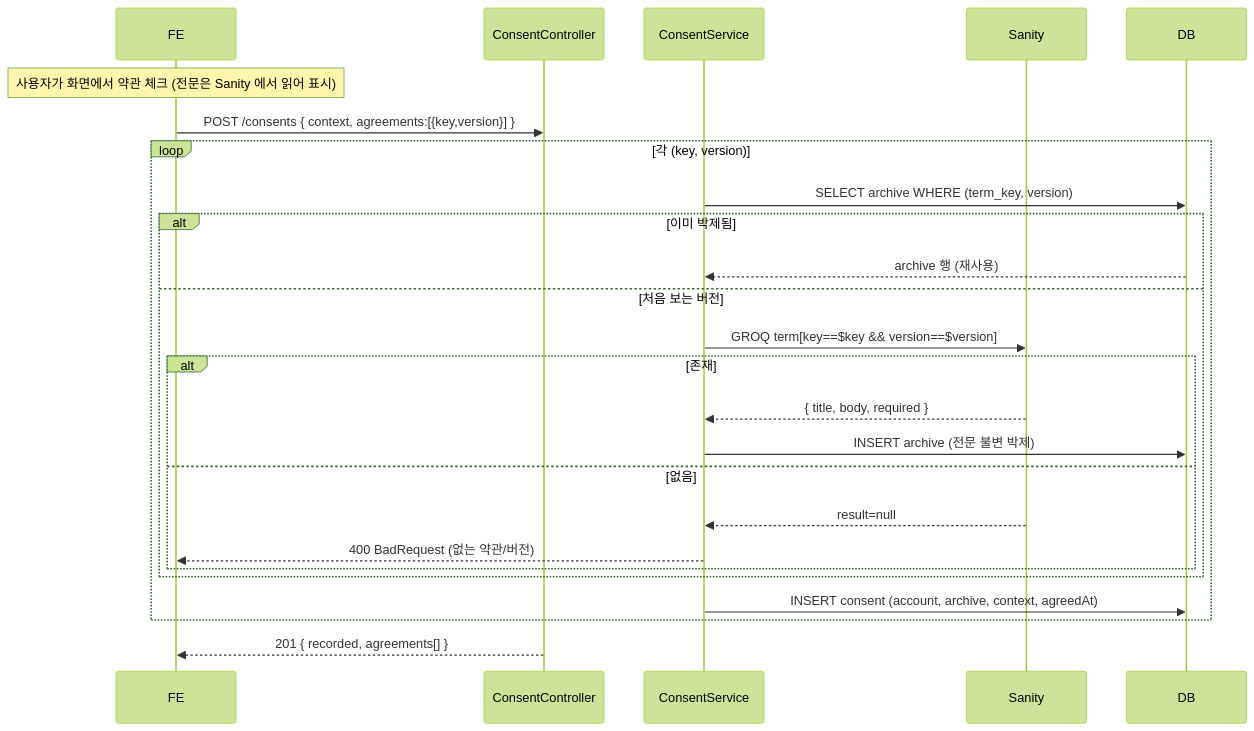
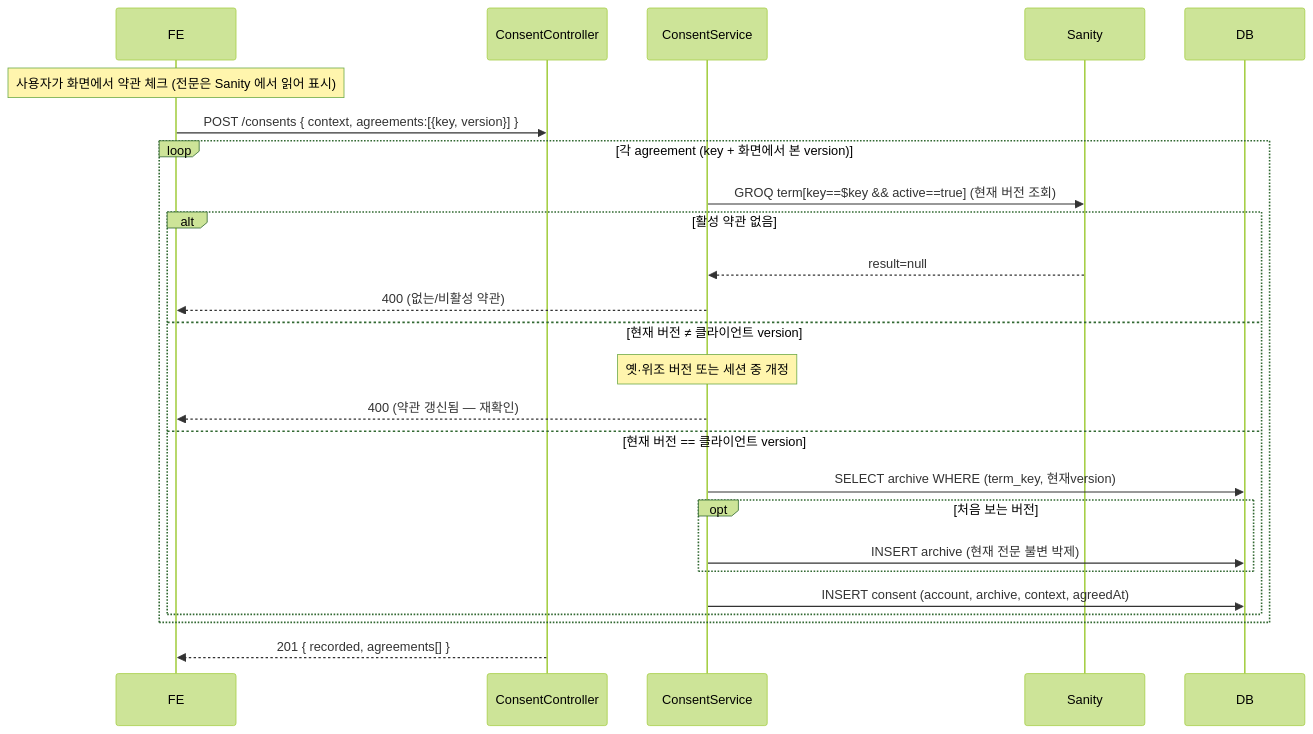
Before and after one commit to pungdong/Pungdong-Backend: the second of 3 diagrams in docs/architecture/consent.md, drawn with Mermaid (forest theme). The commit also changed other lines of this file and 7 other files, not shown here.

````diff
--- a/docs/architecture/consent.md
+++ b/docs/architecture/consent.md
@@ -48,28 +48,28 @@
 ```mermaid
 sequenceDiagram
     participant FE
     participant C as ConsentController
     participant S as ConsentService
     participant Sanity
     participant DB
 
     Note over FE: 사용자가 화면에서 약관 체크 (전문은 Sanity 에서 읽어 표시)
-    FE->>C: POST /consents { context, agreements:[{key,version}] }
-    loop 각 (key, version)
-        S->>DB: SELECT archive WHERE (term_key, version)
-        alt 이미 박제됨
-            DB-->>S: archive 행 (재사용)
-        else 처음 보는 버전
-            S->>Sanity: GROQ term[key==$key && version==$version]
-            alt 존재
-                Sanity-->>S: { title, body, required }
-                S->>DB: INSERT archive (전문 불변 박제)
-            else 없음
-                Sanity-->>S: result=null
-                S-->>FE: 400 BadRequest (없는 약관/버전)
+    FE->>C: POST /consents { context, agreements:[{key, version}] }
+    loop 각 agreement (key + 화면에서 본 version)
+        S->>Sanity: GROQ term[key==$key && active==true] (현재 버전 조회)
+        alt 활성 약관 없음
+            Sanity-->>S: result=null
+            S-->>FE: 400 (없는/비활성 약관)
+        else 현재 버전 ≠ 클라이언트 version
+            Note over S: 옛·위조 버전 또는 세션 중 개정
+            S-->>FE: 400 (약관 갱신됨 — 재확인)
+        else 현재 버전 == 클라이언트 version
+            S->>DB: SELECT archive WHERE (term_key, 현재version)
+            opt 처음 보는 버전
+                S->>DB: INSERT archive (현재 전문 불변 박제)
             end
+            S->>DB: INSERT consent (account, archive, context, agreedAt)
         end
-        S->>DB: INSERT consent (account, archive, context, agreedAt)
     end
     C-->>FE: 201 { recorded, agreements[] }
 ```
````
